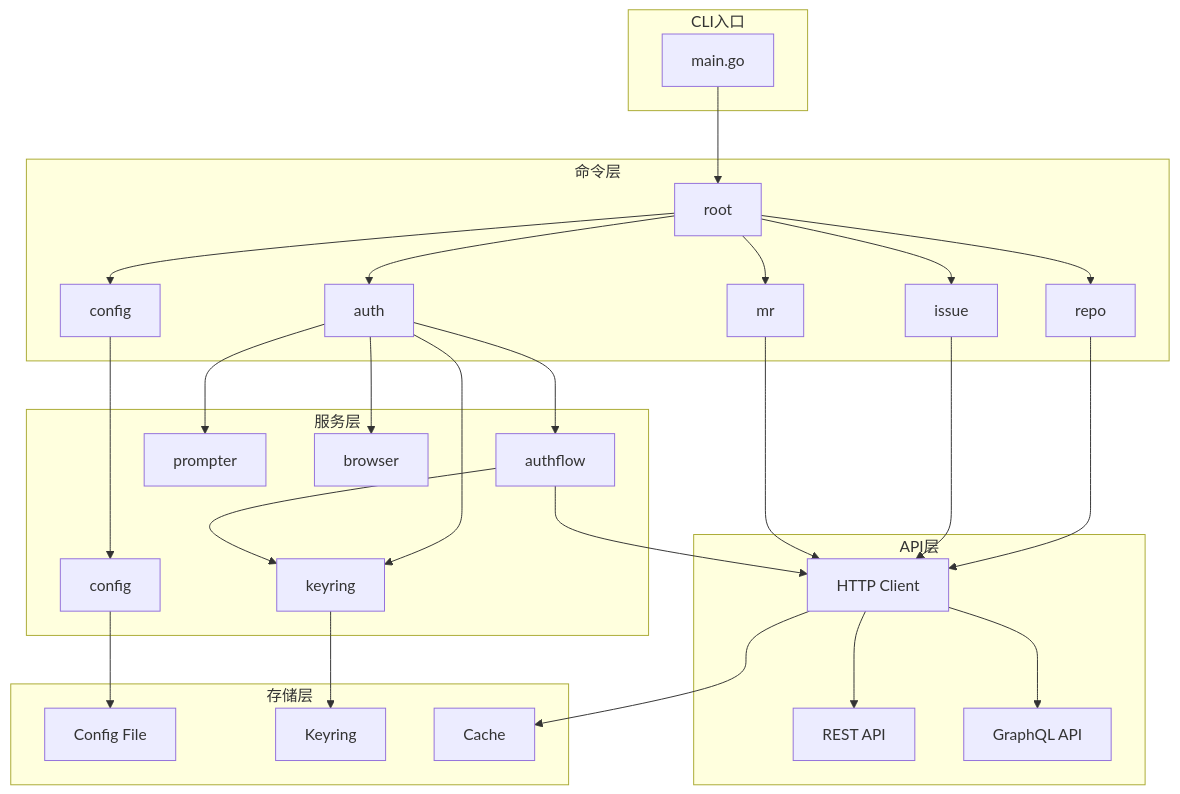
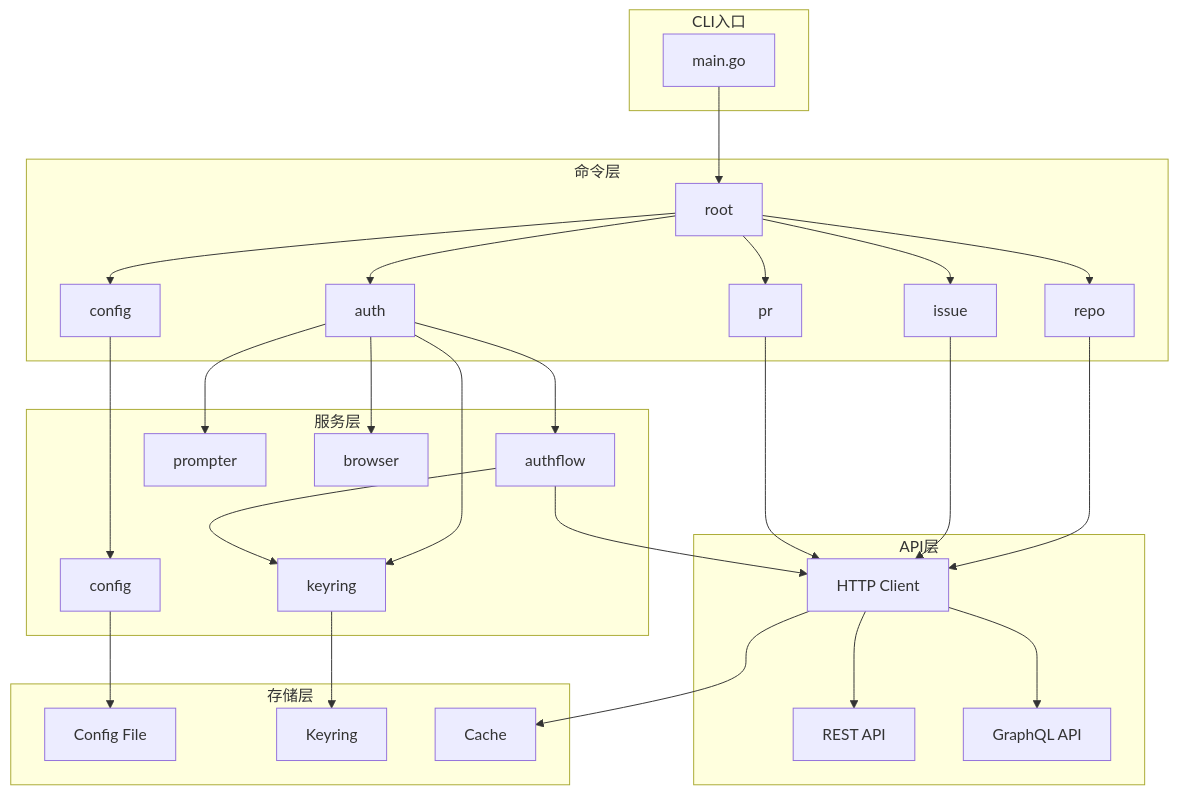
The diagram in issues-plan/02-architecture.md (gitcode-cli/cli), drawn with Mermaid before and after one commit. The commit also changed other lines of this file and 8 other files, not shown here.

````diff
--- a/issues-plan/02-architecture.md
+++ b/issues-plan/02-architecture.md
@@ -195,62 +195,62 @@
 ```mermaid
 graph TB
     subgraph CLI入口
         A[main.go]
     end
 
     subgraph 命令层
         B[root]
         C[auth]
         D[repo]
         E[issue]
-        F[mr]
+        F[pr]
         G[config]
     end
 
     subgraph 服务层
         H[config]
         I[authflow]
         J[prompter]
         K[browser]
         L[keyring]
     end
 
     subgraph API层
         M[HTTP Client]
         N[REST API]
         O[GraphQL API]
     end
 
     subgraph 存储层
         P[Config File]
         Q[Keyring]
         R[Cache]
     end
 
     A --> B
     B --> C
     B --> D
     B --> E
     B --> F
     B --> G
 
     C --> I
     C --> J
     C --> K
     C --> L
 
     D --> M
     E --> M
     F --> M
     G --> H
 
     I --> M
     I --> L
 
     M --> N
     M --> O
 
     H --> P
     L --> Q
     M --> R
 ```
````
